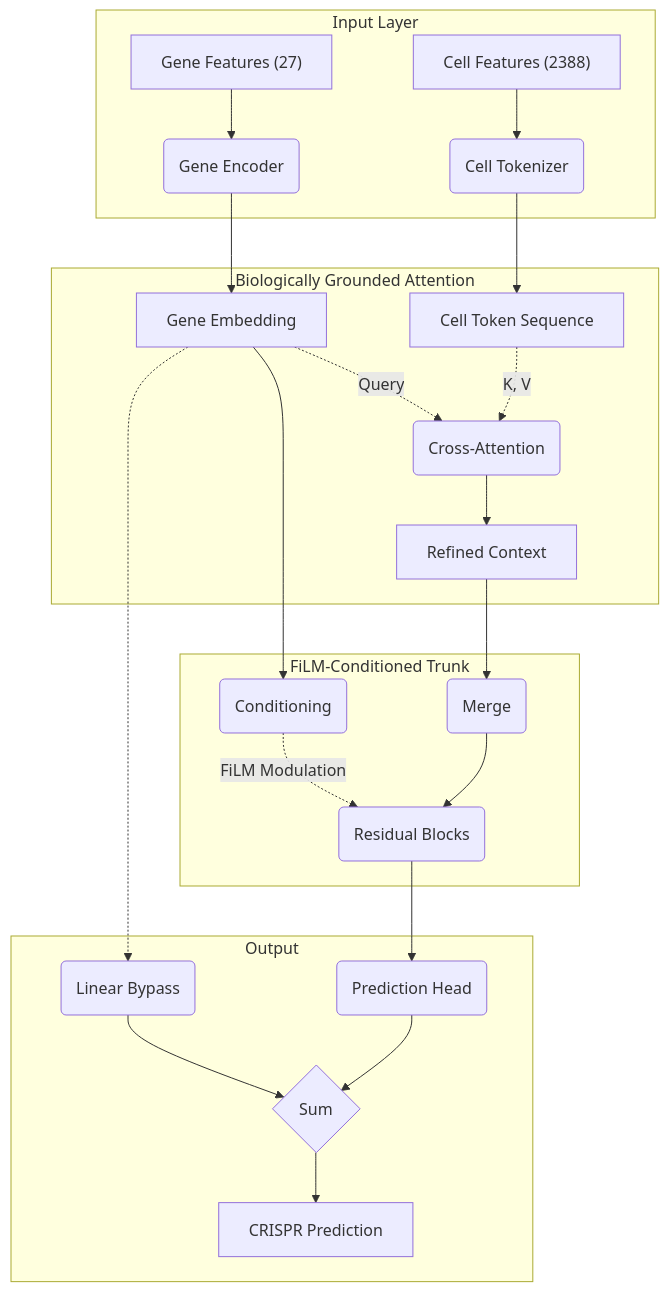
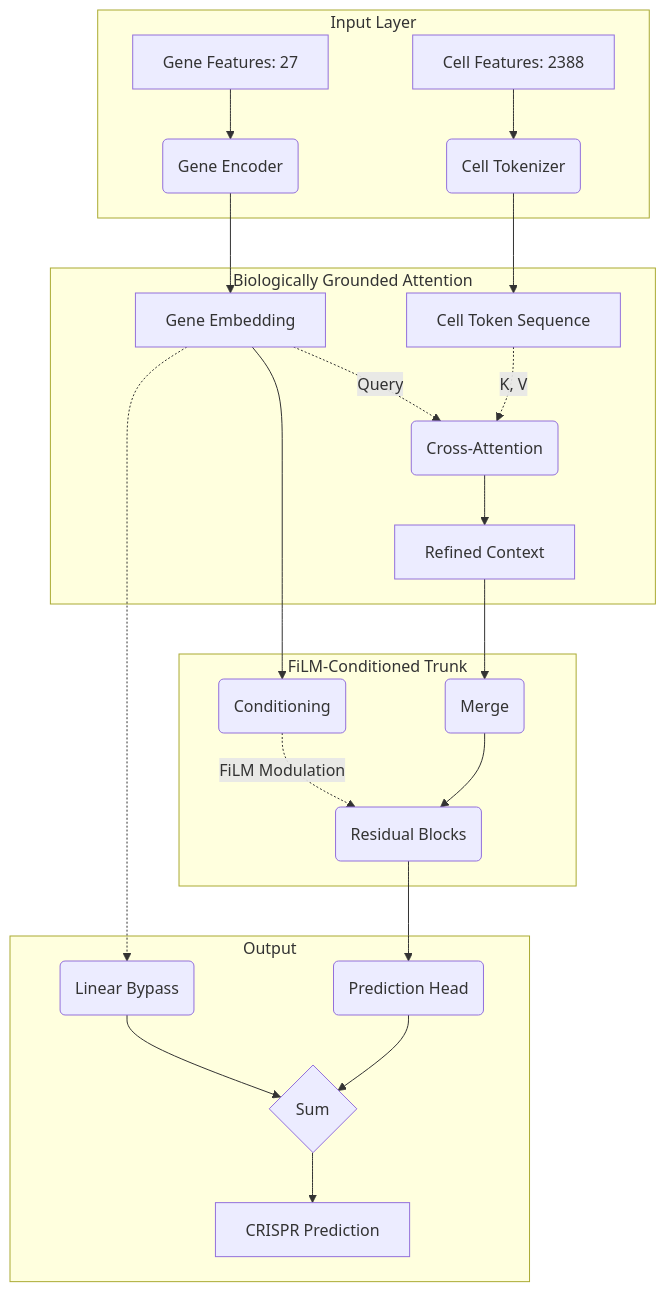
The second of 2 diagrams in README_v0.md (DmitKu/gene_dependency_prediction), drawn with Mermaid before and after one commit.

Commit message:
readme model architecture update

````diff
--- a/README_v0.md
+++ b/README_v0.md
@@ -171,30 +171,30 @@
 ```mermaid
 graph TB
     subgraph Input_Layer [Input Layer]
-        GF["Gene Features (27)"] --> G_ENC(Gene Encoder)
-        CF["Cell Features (2388)"] --> C_TOK(Cell Tokenizer)
+        GF["Gene Features: 27"] --> G_ENC(Gene Encoder)
+        CF["Cell Features: 2388"] --> C_TOK(Cell Tokenizer)
     end
 
     subgraph Attention [Biologically Grounded Attention]
         G_ENC --> G_EMB[Gene Embedding]
         C_TOK --> C_TOK_SEQ[Cell Token Sequence]
         G_EMB -.->|Query| CA1(Cross-Attention)
         C_TOK_SEQ -.->|K, V| CA1
         CA1 --> C_CTX[Refined Context]
     end
 
     subgraph Trunk [FiLM-Conditioned Trunk]
         C_CTX --> MRG(Merge)
         G_EMB --> COND(Conditioning)
         MRG --> RES1(Residual Blocks)
         COND -.->|FiLM Modulation| RES1
     end
 
     subgraph Output_Layer [Output]
         RES1 --> HEAD(Prediction Head)
         G_EMB -.-> BYP(Linear Bypass)
         HEAD --> MERGE_OUT{Sum}
         BYP --> MERGE_OUT
         MERGE_OUT --> OUT[CRISPR Prediction]
     end
 ```
````
